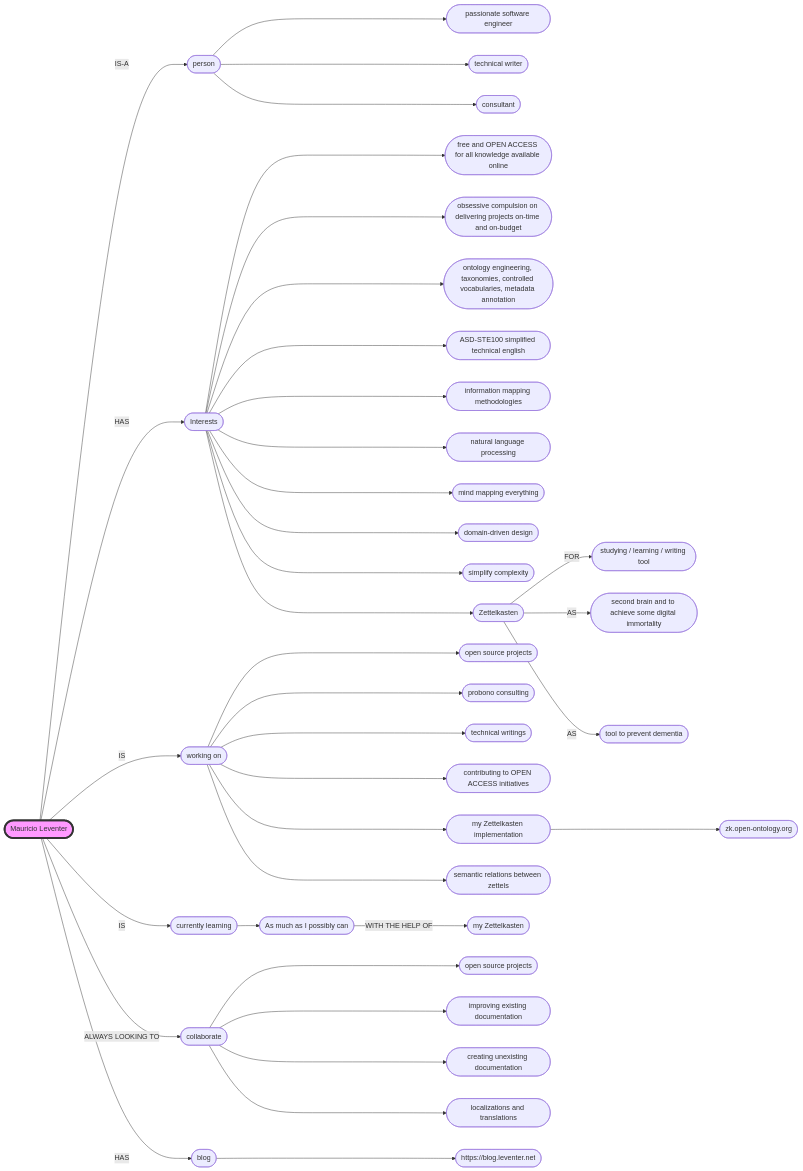
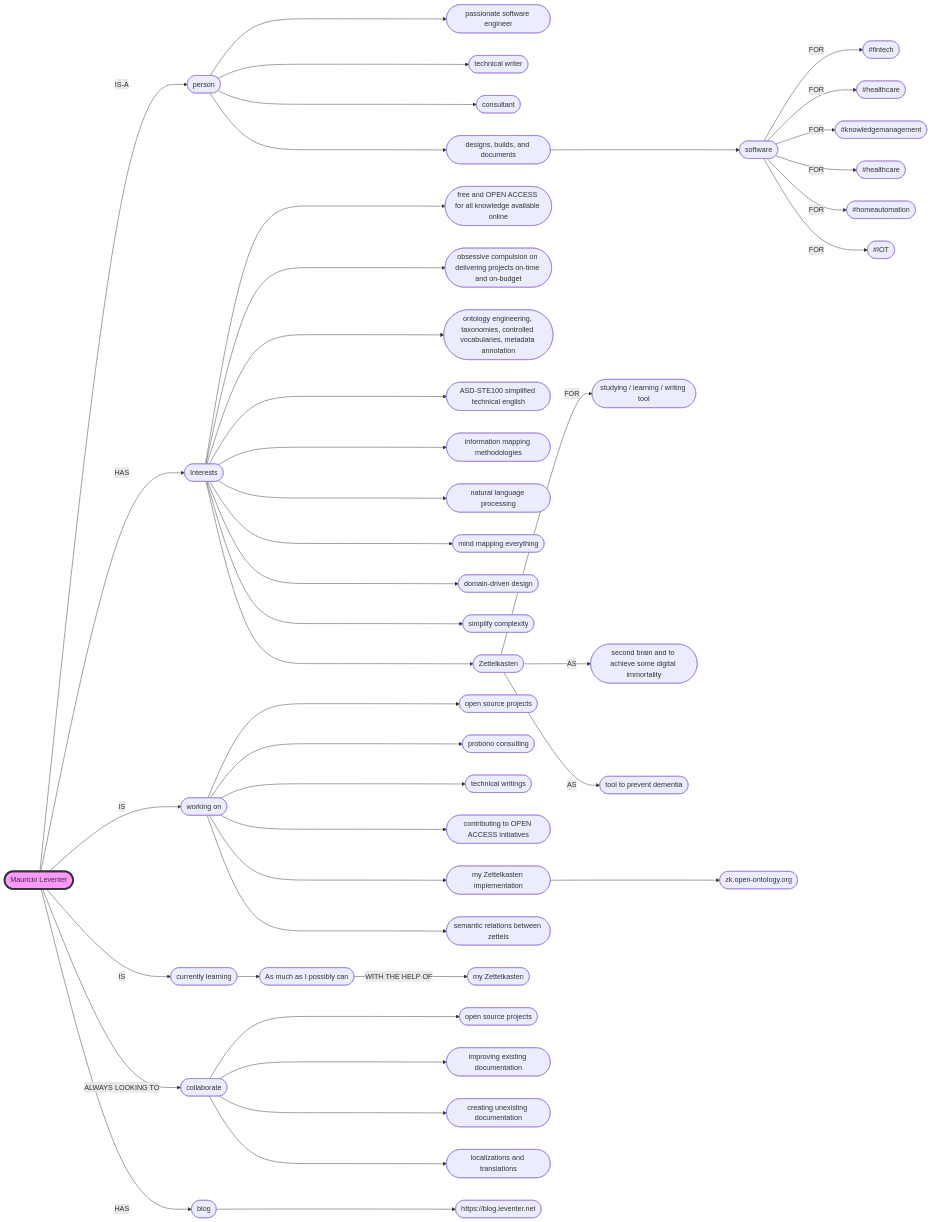
Before and after one commit to mleventer/mleventer: the diagram in README.md, drawn with Mermaid.

````diff
--- a/README.md
+++ b/README.md
@@ -4,40 +4,48 @@
 ```mermaid
 flowchart LR
     A([Mauricio Leventer]) -->|IS-A| A1([person])
     A1 ---> A2([passionate software engineer])
     A1 ---> A3([technical writer])
     A1 ---> A4([consultant])
+    A1 ---> A5([designs, builds, and documents])
+    A5 ---> A6([software])
+    A6 -->|FOR| A7([#fintech])
+    A6 -->|FOR| A8([#healthcare])
+    A6 -->|FOR| A9([#knowledgemanagement])
+    A6 -->|FOR| A10([#healthcare])
+    A6 -->|FOR| A11([#homeautomation])
+    A6 -->|FOR| A12([#IOT])    
     A -->|HAS| B([Interests])
     B ---> I1([free and OPEN ACCESS for all knowledge available online])
     B ---> I2([obsessive compulsion on delivering projects on-time and on-budget])
     B ---> I3([ontology engineering, taxonomies, controlled vocabularies, metadata annotation])
     B ---> I4([ASD-STE100 simplified technical english])
     B ---> I5([information mapping methodologies])
     B ---> I6([natural language processing])
     B ---> I7([mind mapping everything]) 
     B ---> I8([domain-driven design]) 
     B ---> I9([simplify complexity]) 
     B ---> J([Zettelkasten])
     J -->|FOR| J1([studying / learning / writing tool]) 
     J -->|AS| J2([second brain and to achieve some digital immortality]) 
     J -->|AS| J3([tool to prevent dementia])
     A -->|IS| C([working on])
     C ---> C1([open source projects])
     C ---> C2([probono consulting])
     C ---> C3([technical writings])
     C ---> C4([contributing to OPEN ACCESS initiatives])
     C ---> H([my Zettelkasten implementation])
     H ---> H1([zk.open-ontology.org])
     C ---> H2([semantic relations between zettels])
     A -->|IS| D([currently learning])
     D --> D1([As much as I possibly can])
     D1 -->|WITH THE HELP OF| D2([my Zettelkasten])
     A -->|ALWAYS LOOKING TO|E([collaborate])
     E ---> E1([open source projects])
     E ---> E2([improving existing documentation])
     E ---> E3([creating unexisting documentation])
     E ---> E4([localizations and translations])
     A -->|HAS| F([blog])
     F ---> F1([https://blog.leventer.net])
     style A fill:#f9f,stroke:#333,stroke-width:4px
 ```
````
